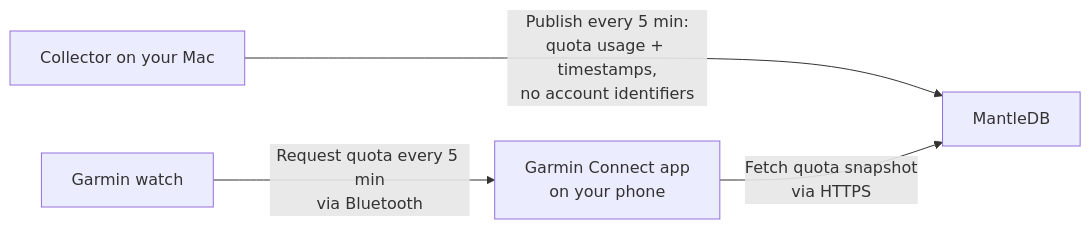
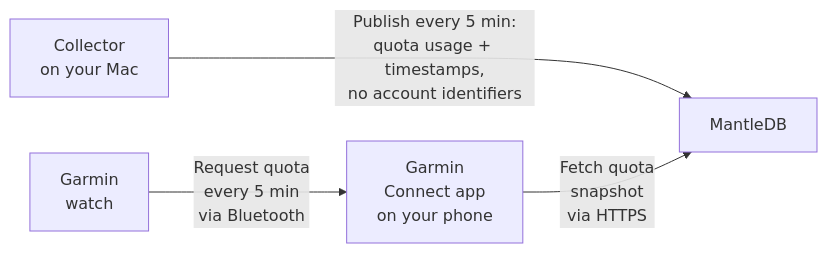
Before and after one commit to greg76/token-quota: the diagram in README.md, drawn with Mermaid.

Commit message:
making the diagram more compact

````diff
--- a/README.md
+++ b/README.md
@@ -11,11 +11,11 @@
 ```mermaid
 flowchart LR
-    collector["Collector on your Mac"]
+    collector["Collector<br>on your Mac"]
     store["MantleDB"]
-    phone["Garmin Connect app<br/>on your phone"]
-    watch["Garmin watch"]
+    phone["Garmin<br>Connect app<br/>on your phone"]
+    watch["Garmin<br>watch"]
 
     collector --->|"Publish every 5 min:<br/>quota usage + timestamps,<br/>no account identifiers"| store
-    watch -->|"Request quota every 5 min<br/>via Bluetooth"| phone
-    phone -->|"Fetch quota snapshot<br/>via HTTPS"| store
+    watch -->|"Request quota<br>every 5 min<br/>via Bluetooth"| phone
+    phone -->|"Fetch quota<br>snapshot<br/>via HTTPS"| store
 ```
````
